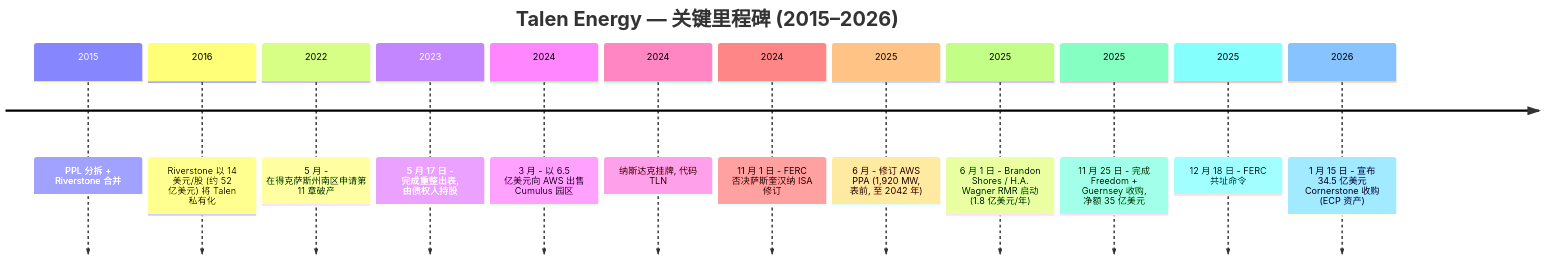
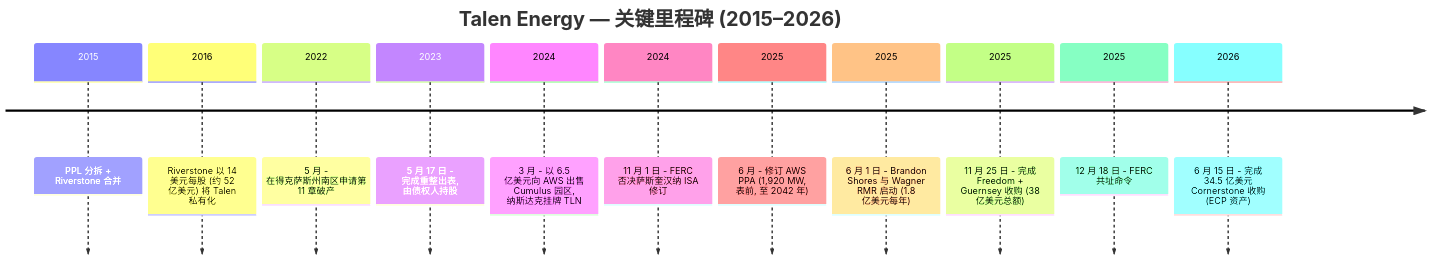
One commit to dadachundan/financial_agent changed the first of 4 diagrams in reports/company/Talen_NASDAQ_TLN/Talen_NASDAQ_TLN_公司研究.md. Above: the diagram before and after it, drawn with Mermaid. The commit also changed other lines of this file and 14 other files, not shown here.

First line of the commit message:
feat(company-research): refresh Talen Energy (TLN) to current spec

````diff
--- a/reports/company/Talen_NASDAQ_TLN/Talen_NASDAQ_TLN_公司研究.md
+++ b/reports/company/Talen_NASDAQ_TLN/Talen_NASDAQ_TLN_公司研究.md
@@ -83,16 +493,15 @@
 ```mermaid
 timeline
     title Talen Energy — 关键里程碑 (2015–2026)
     2015 : PPL 分拆 + Riverstone 合并
-    2016 : Riverstone 以 14 美元/股 (约 52 亿美元) 将 Talen 私有化
+    2016 : Riverstone 以 14 美元每股 (约 52 亿美元) 将 Talen 私有化
     2022 : 5 月 - 在得克萨斯州南区申请第 11 章破产
     2023 : 5 月 17 日 - 完成重整出表, 由债权人持股
-    2024 : 3 月 - 以 6.5 亿美元向 AWS 出售 Cumulus 园区
-    2024 : 纳斯达克挂牌, 代码 TLN
+    2024 : 3 月 - 以 6.5 亿美元向 AWS 出售 Cumulus 园区, 纳斯达克挂牌 TLN
     2024 : 11 月 1 日 - FERC 否决萨斯奎汉纳 ISA 修订
     2025 : 6 月 - 修订 AWS PPA (1,920 MW, 表前, 至 2042 年)
-    2025 : 6 月 1 日 - Brandon Shores / H.A. Wagner RMR 启动 (1.8 亿美元/年)
-    2025 : 11 月 25 日 - 完成 Freedom + Guernsey 收购, 净额 35 亿美元
+    2025 : 6 月 1 日 - Brandon Shores 与 Wagner RMR 启动 (1.8 亿美元每年)
+    2025 : 11 月 25 日 - 完成 Freedom + Guernsey 收购 (38 亿美元总额)
     2025 : 12 月 18 日 - FERC 共址命令
-    2026 : 1 月 15 日 - 宣布 34.5 亿美元 Cornerstone 收购 (ECP 资产)
+    2026 : 6 月 15 日 - 完成 34.5 亿美元 Cornerstone 收购 (ECP 资产)
 ```
````
